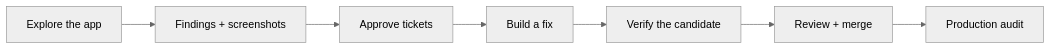
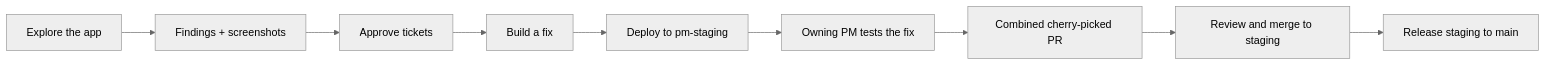
Before and after one commit to AgentBurgundy/shipgremlins: the diagram in README.md, drawn with Mermaid (neutral theme). The commit also changed other lines of this file and 153 other files, not shown here.

````diff
--- a/README.md
+++ b/README.md
@@ -98,9 +98,11 @@
 ```mermaid
 flowchart LR
     A[Explore the app] --> B[Findings + screenshots]
     B --> C[Approve tickets]
     C --> D[Build a fix]
-    D --> E[Verify the candidate]
-    E --> F[Review + merge]
-    F --> G[Production audit]
+    D --> E[Deploy to pm-staging]
+    E --> F[Owning PM tests the fix]
+    F --> G[Combined cherry-picked PR]
+    G --> H[Review and merge to staging]
+    H --> I[Release staging to main]
 ```
````
